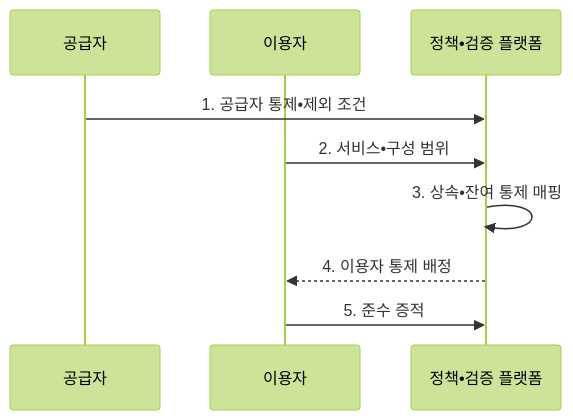
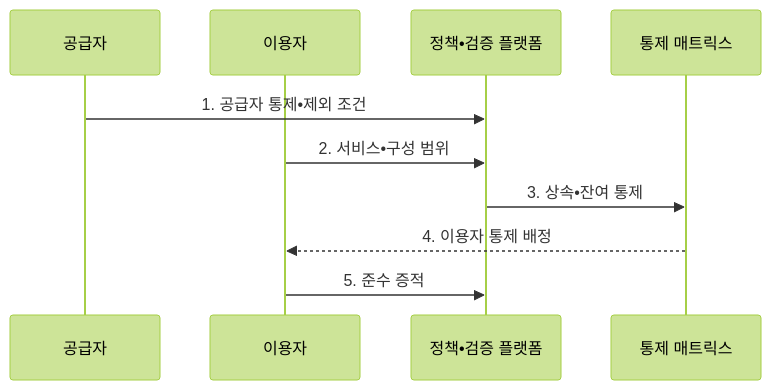
The second of 2 diagrams in src/content/docs/notes/03-software/145_shared_responsibility_model.md (agnusdei1207/knowledge-base), drawn with Mermaid (forest theme) before and after one commit. The commit also changed other lines of this file and 7 other files, not shown here.

````diff
--- a/src/content/docs/notes/03-software/145_shared_responsibility_model.md
+++ b/src/content/docs/notes/03-software/145_shared_responsibility_model.md
@@ -107,11 +107,12 @@
 ```mermaid
 sequenceDiagram
     participant P as 공급자
     participant C as 이용자
     participant V as 정책•검증 플랫폼
+    participant M as 통제 매트릭스
     P->>V: 1. 공급자 통제•제외 조건
     C->>V: 2. 서비스•구성 범위
-    V->>V: 3. 상속•잔여 통제 매핑
-    V-->>C: 4. 이용자 통제 배정
+    V->>M: 3. 상속•잔여 통제
+    M-->>C: 4. 이용자 통제 배정
     C->>V: 5. 준수 증적
 ```
````
